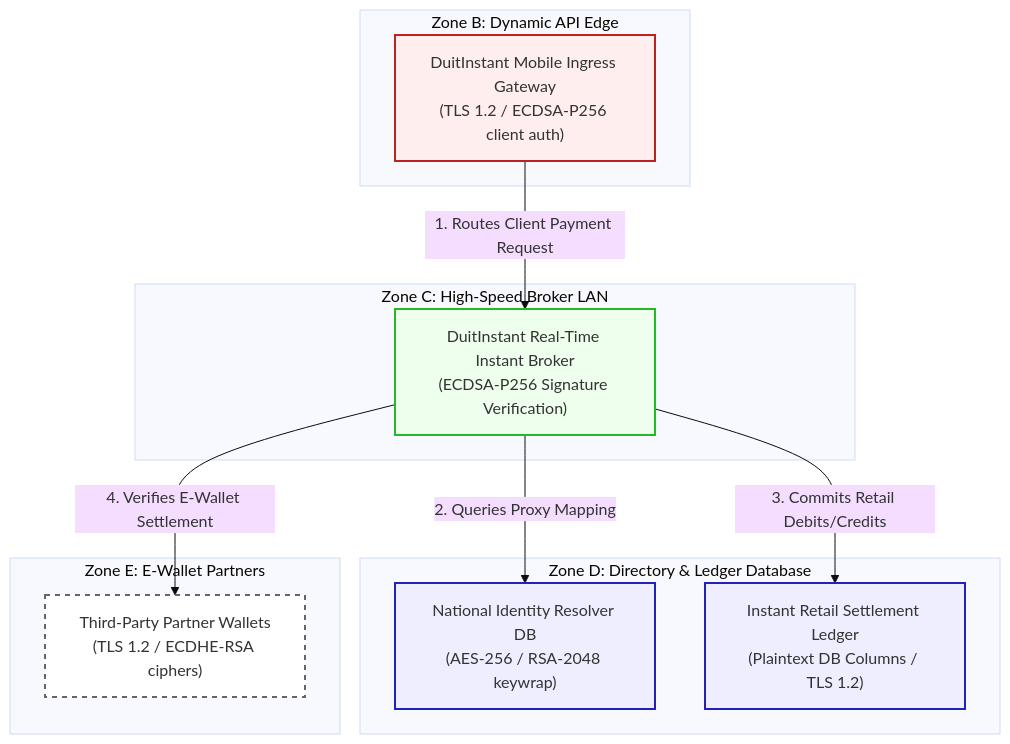
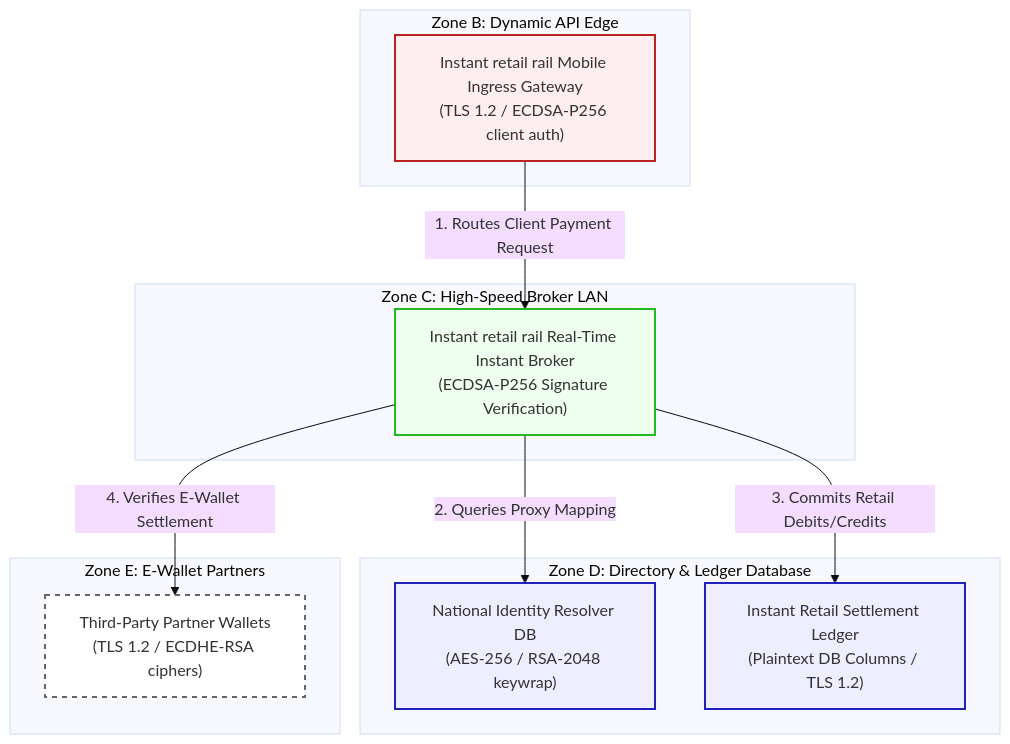
One commit to justinwkUKM/AETHER-PQC changed the diagram in sample_artifacts/scenarios/12-instant-retail-clearing/architecture.md. Above: the diagram before and after it, drawn with Mermaid (base theme). The commit also changed other lines of this file and 187 other files, not shown here.

````diff
--- a/sample_artifacts/scenarios/12-instant-retail-clearing/architecture.md
+++ b/sample_artifacts/scenarios/12-instant-retail-clearing/architecture.md
@@ -22,38 +22,38 @@
 ```mermaid
 graph TD
   subgraph Zone_B_API ["Zone B: Dynamic API Edge"]
-    N1["DuitInstant Mobile Ingress Gateway<br/>(TLS 1.2 / ECDSA-P256 client auth)"]
+    N1["Instant retail rail Mobile Ingress Gateway<br/>(TLS 1.2 / ECDSA-P256 client auth)"]
   end
 
   subgraph Zone_C_Broker ["Zone C: High-Speed Broker LAN"]
-    N2["DuitInstant Real-Time Instant Broker<br/>(ECDSA-P256 Signature Verification)"]
+    N2["Instant retail rail Real-Time Instant Broker<br/>(ECDSA-P256 Signature Verification)"]
   end
 
   subgraph Zone_D_Data ["Zone D: Directory & Ledger Database"]
     N3["National Identity Resolver DB<br/>(AES-256 / RSA-2048 keywrap)"]
     N4["Instant Retail Settlement Ledger<br/>(Plaintext DB Columns / TLS 1.2)"]
   end
 
   subgraph Zone_E_Partners ["Zone E: E-Wallet Partners"]
     N5["Third-Party Partner Wallets<br/>(TLS 1.2 / ECDHE-RSA ciphers)"]
   end
 
   %% Flow Connections %%
   N1 -->|1. Routes Client Payment Request| N2
   N2 -->|2. Queries Proxy Mapping| N3
   N2 -->|3. Commits Retail Debits/Credits| N4
   N2 -->|4. Verifies E-Wallet Settlement| N5
 
   %% Styling %%
   classDef dmz fill:#fee,stroke:#b22,stroke-width:2px;
   classDef core fill:#efe,stroke:#2b2,stroke-width:2px;
   classDef enclave fill:#eef,stroke:#22b,stroke-width:2px;
   classDef archive fill:#fef,stroke:#b2b,stroke-width:2px;
   classDef ext fill:#fff,stroke:#666,stroke-width:2px,stroke-dasharray: 5 5;
 
   class N1 dmz;
   class N2 core;
   class N3 enclave;
   class N4 enclave;
   class N5 ext;
 ```
````
